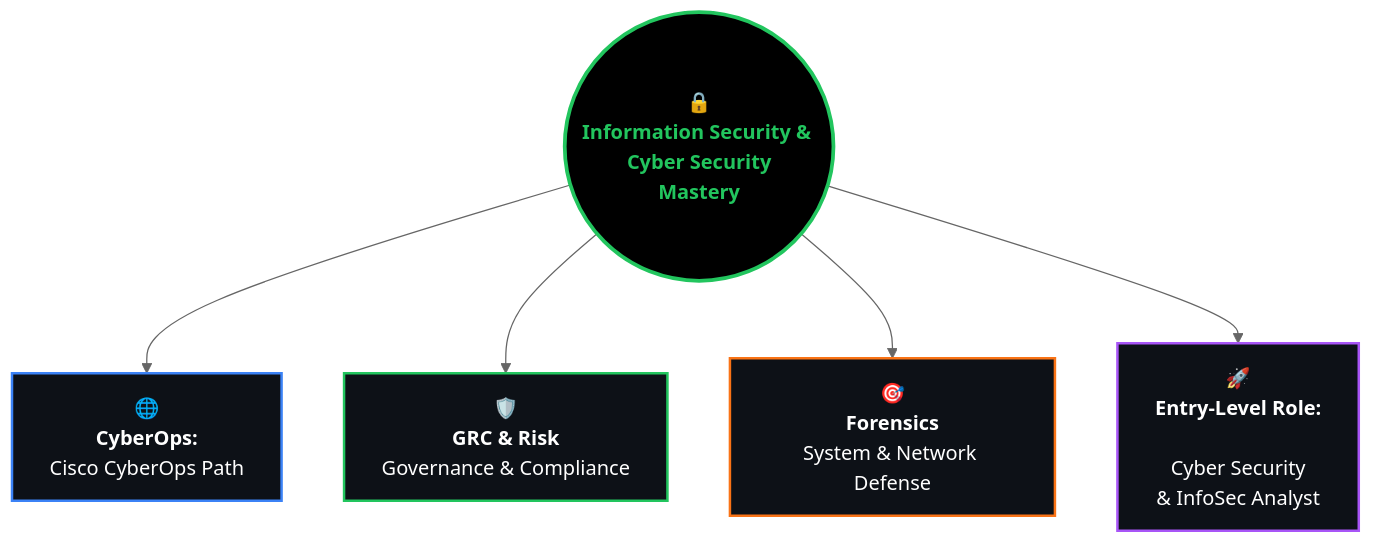
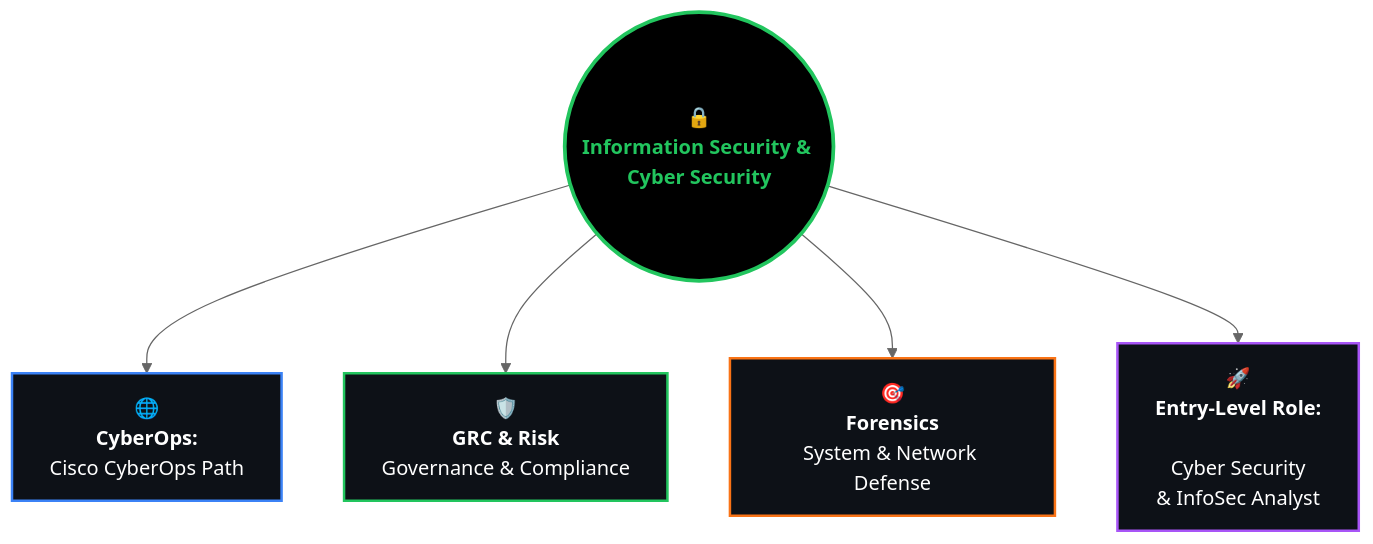
One commit to agomatsa/agomatsa changed the diagram in README.md. Above: the diagram before and after it, drawn with Mermaid (neutral theme). The commit also changed other lines of this file, not shown here.

````diff
--- a/README.md
+++ b/README.md
@@ -39,14 +39,14 @@
 ```mermaid
 flowchart TD
-    Z(("🔒<br/><b>Information Security & Cyber Security<br/>Mastery</b>"))
+    Z(("🔒<br/><b>Information Security & Cyber Security<br/</b>"))
     Z --> A["🌐<br/><b>CyberOps:</b><br/>Cisco CyberOps Path"]
     Z --> B["🛡️<br/><b>GRC & Risk</b><br/>Governance & Compliance"]
     Z --> C["🎯<br/><b>Forensics</b><br/>System & Network Defense"]
     Z --> D["🚀<br/><b>Entry-Level Role: </b><br/><br>Cyber Security </br>& InfoSec Analyst"]
 
     style Z fill:#000000,stroke:#22c55e,stroke-width:3px,color:#22c55e
     style A fill:#0d1117,stroke:#3b82f6,stroke-width:2px,color:#fff
     style B fill:#0d1117,stroke:#22c55e,stroke-width:2px,color:#fff
     style C fill:#0d1117,stroke:#f97316,stroke-width:2px,color:#fff
     style D fill:#0d1117,stroke:#a855f7,stroke-width:2px,color:#fff
 ```
````
